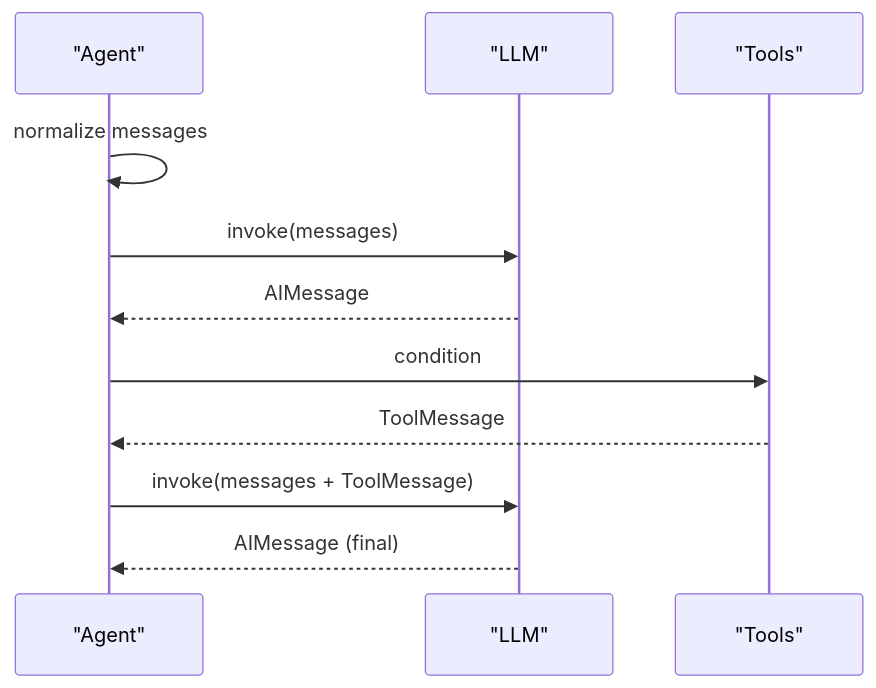
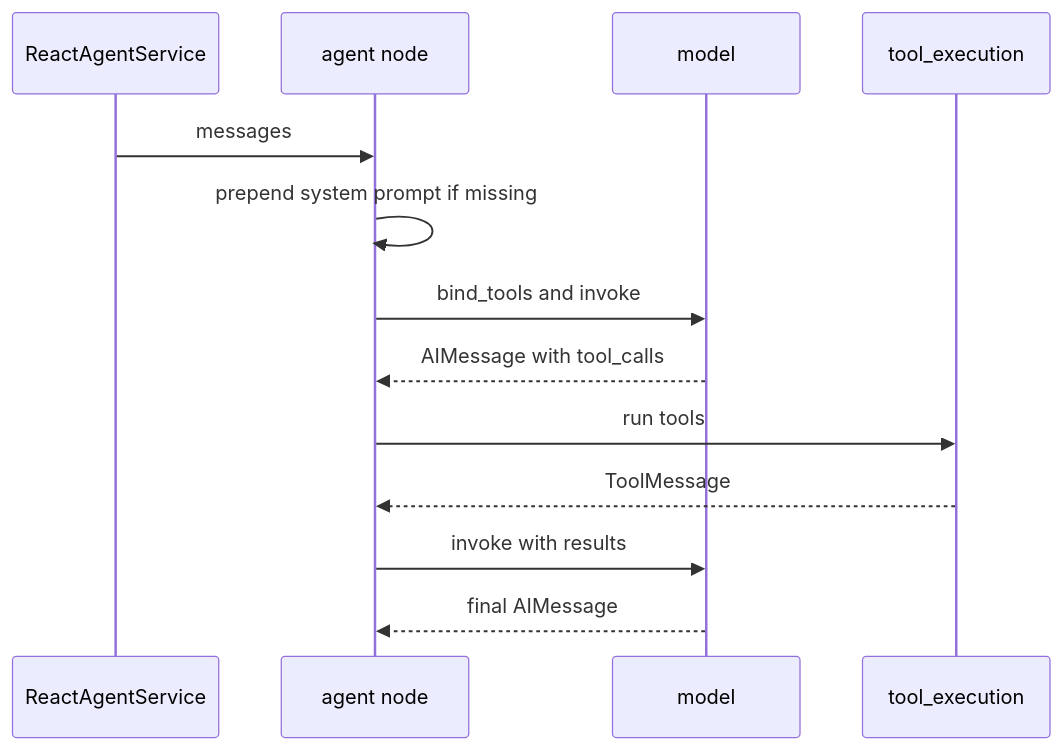
Before and after one commit to tashifkhan/tashif.codes: the sixth of 7 diagrams in src/data/docs/agentic-browser/AI Agent System/Prompt Engineering System.md, drawn with Mermaid. The commit also changed other lines of this file and 114 other files, not shown here.

````diff
--- a/src/data/docs/agentic-browser/AI Agent System/Prompt Engineering System.md
+++ b/src/data/docs/agentic-browser/AI Agent System/Prompt Engineering System.md
@@ -213,13 +148,15 @@
 ```mermaid
 sequenceDiagram
-participant Agent as "Agent"
-participant LLM as "LLM"
-participant Tools as "Tools"
-Agent->>Agent : normalize messages
-Agent->>LLM : invoke(messages)
-LLM-->>Agent : AIMessage
-Agent->>Tools : condition
-Tools-->>Agent : ToolMessage
-Agent->>LLM : invoke(messages + ToolMessage)
-LLM-->>Agent : AIMessage (final)
+  participant S as ReactAgentService
+  participant G as agent node
+  participant L as model
+  participant T as tool_execution
+  S->>G: messages
+  G->>G: prepend system prompt if missing
+  G->>L: bind_tools and invoke
+  L-->>G: AIMessage with tool_calls
+  G->>T: run tools
+  T-->>G: ToolMessage
+  G->>L: invoke with results
+  L-->>G: final AIMessage
 ```
````
